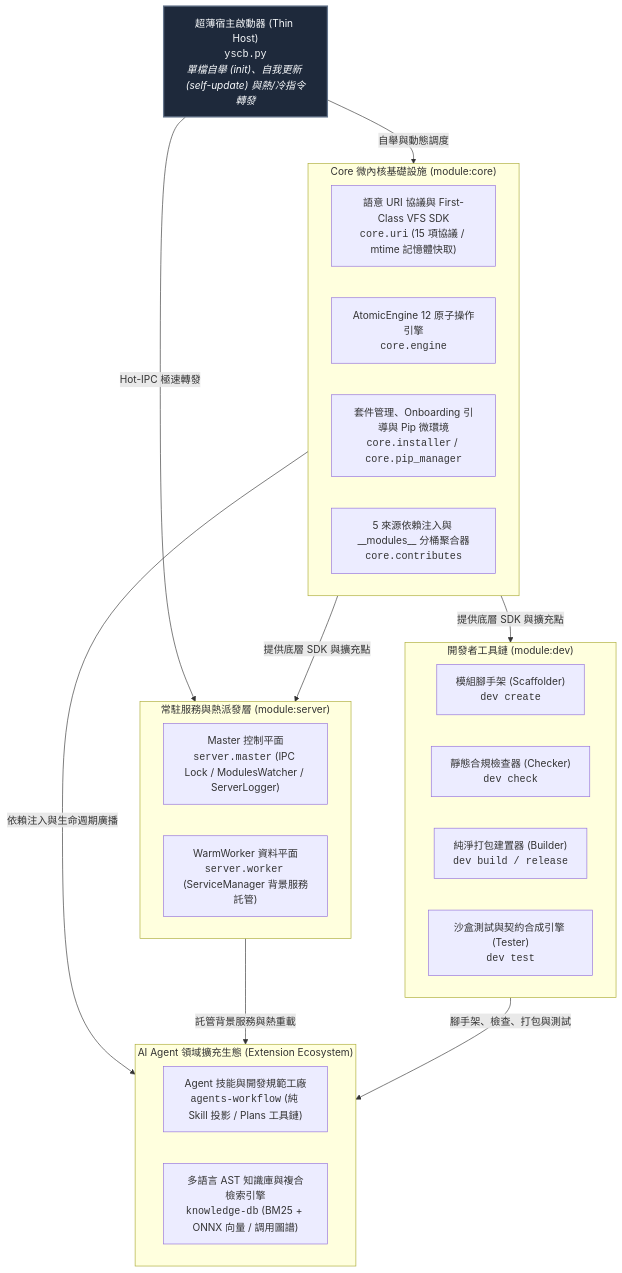
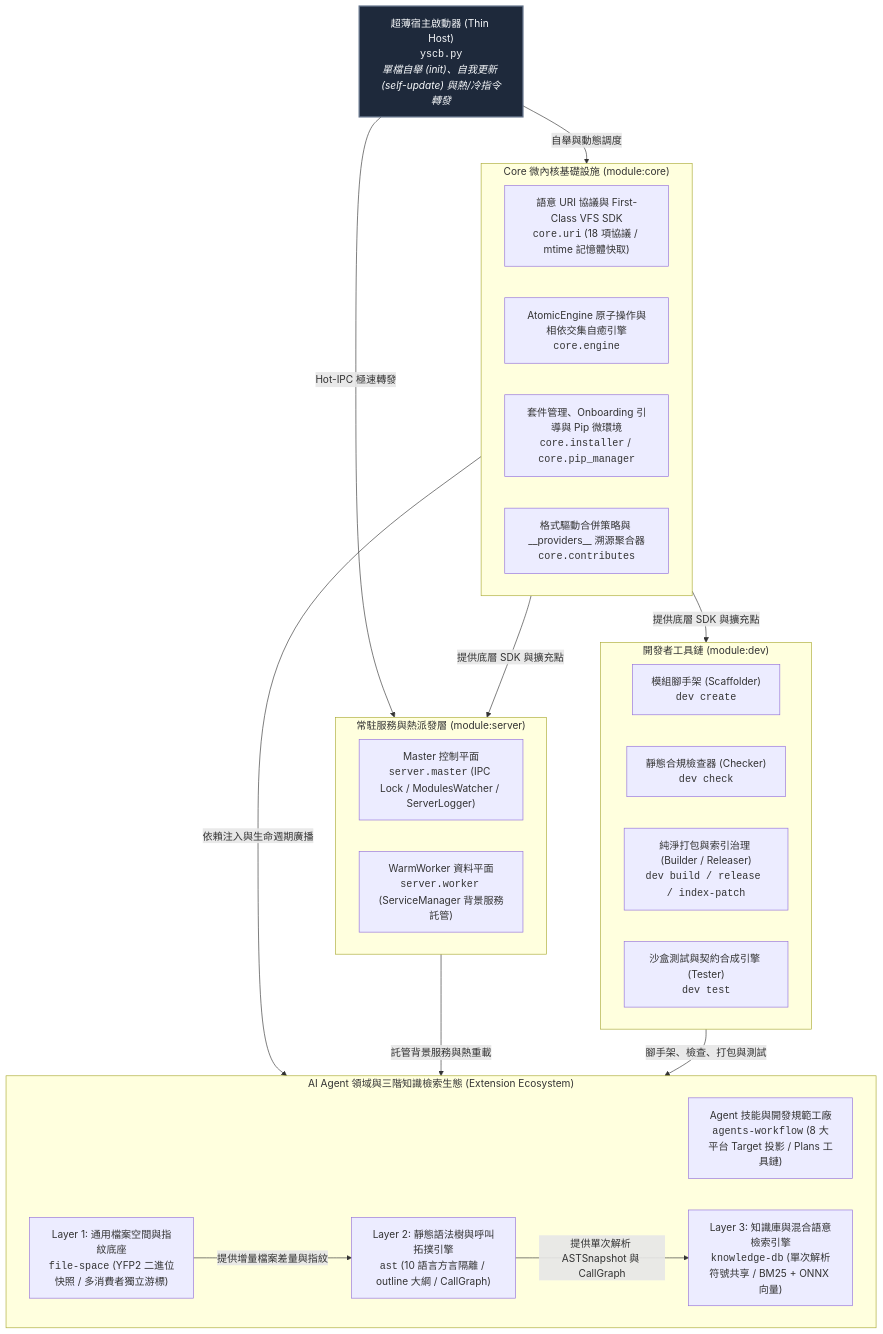
The diagram in docs/README.md (ysnaive/ys-codebase), drawn with Mermaid before and after one commit. The commit also changed other lines of this file and 21 other files, not shown here.

Commit message:
feat(core,knowledge-db,ast,file-space,dev): add update/reload dependency intersection self-healing, PEP 562 lazy exports, and dunder version check

````diff
--- a/docs/README.md
+++ b/docs/README.md
@@ -28,46 +30,50 @@
 ```mermaid
 graph TD
     classDef host fill:#1e293b,stroke:#64748b,stroke-width:2px,color:#f8fafc;
     classDef micro fill:#0f172a,stroke:#3b82f6,stroke-width:2px,color:#60a5fa;
     classDef svc fill:#3b0764,stroke:#a855f7,stroke-width:2px,color:#e9d5ff;
     classDef tool fill:#064e3b,stroke:#10b981,stroke-width:2px,color:#34d399;
     classDef ext fill:#4c1d95,stroke:#8b5cf6,stroke-width:2px,color:#c084fc;
 
     Host["超薄宿主啟動器 (Thin Host)<br/><code>yscb.py</code><br/><i>單檔自舉 (init)、自我更新 (self-update) 與熱/冷指令轉發</i>"]:::host
     
     subgraph Microkernel ["Core 微內核基礎設施 (module:core)"]
-        URI["語意 URI 協議與 First-Class VFS SDK<br/><code>core.uri</code> (15 項協議 / mtime 記憶體快取)"]
-        Engine["AtomicEngine 12 原子操作引擎<br/><code>core.engine</code>"]
+        URI["語意 URI 協議與 First-Class VFS SDK<br/><code>core.uri</code> (18 項協議 / mtime 記憶體快取)"]
+        Engine["AtomicEngine 原子操作與相依交集自癒引擎<br/><code>core.engine</code>"]
         Installer["套件管理、Onboarding 引導與 Pip 微環境<br/><code>core.installer</code> / <code>core.pip_manager</code>"]
-        Contrib["5 來源依賴注入與 __modules__ 分桶聚合器<br/><code>core.contributes</code>"]
+        Contrib["格式驅動合併策略與 __providers__ 溯源聚合器<br/><code>core.contributes</code>"]
     end
     class Microkernel micro;
 
     subgraph RuntimeService ["常駐服務與熱派發層 (module:server)"]
         Master["Master 控制平面<br/><code>server.master</code> (IPC Lock / ModulesWatcher / ServerLogger)"]
         Worker["WarmWorker 資料平面<br/><code>server.worker</code> (ServiceManager 背景服務託管)"]
     end
     class RuntimeService svc;
 
     subgraph Toolchain ["開發者工具鏈 (module:dev)"]
         Scaffold["模組腳手架 (Scaffolder)<br/><code>dev create</code>"]
         Checker["靜態合規檢查器 (Checker)<br/><code>dev check</code>"]
-        Builder["純淨打包建置器 (Builder)<br/><code>dev build / release</code>"]
+        Builder["純淨打包與索引治理 (Builder / Releaser)<br/><code>dev build / release / index-patch</code>"]
         Testing["沙盒測試與契約合成引擎 (Tester)<br/><code>dev test</code>"]
     end
     class Toolchain tool;
 
-    subgraph Extensions ["AI Agent 領域擴充生態 (Extension Ecosystem)"]
-        Agents["Agent 技能與開發規範工廠<br/><code>agents-workflow</code> (純 Skill 投影 / Plans 工具鏈)"]
-        Knowledge["多語言 AST 知識庫與複合檢索引擎<br/><code>knowledge-db</code> (BM25 + ONNX 向量 / 調用圖譜)"]
+    subgraph Extensions ["AI Agent 領域與三階知識檢索生態 (Extension Ecosystem)"]
+        Agents["Agent 技能與開發規範工廠<br/><code>agents-workflow</code> (8 大平台 Target 投影 / Plans 工具鏈)"]
+        FileSpace["Layer 1: 通用檔案空間與指紋底座<br/><code>file-space</code> (YFP2 二進位快照 / 多消費者獨立游標)"]
+        AST["Layer 2: 靜態語法樹與呼叫拓撲引擎<br/><code>ast</code> (10 語言方言隔離 / outline 大綱 / CallGraph)"]
+        Knowledge["Layer 3: 知識庫與混合語意檢索引擎<br/><code>knowledge-db</code> (單次解析符號共享 / BM25 + ONNX 向量)"]
     end
     class Extensions ext;
 
     Host -->|自舉與動態調度| Microkernel
     Host -->|Hot-IPC 極速轉發| RuntimeService
     Microkernel -->|提供底層 SDK 與擴充點| RuntimeService
     Microkernel -->|提供底層 SDK 與擴充點| Toolchain
     Microkernel -->|依賴注入與生命週期廣播| Extensions
     RuntimeService -->|託管背景服務與熱重載| Extensions
     Toolchain -->|腳手架、檢查、打包與測試| Extensions
+    FileSpace -->|提供增量檔案差量與指紋| AST
+    AST -->|提供單次解析 ASTSnapshot 與 CallGraph| Knowledge
 ```
````
